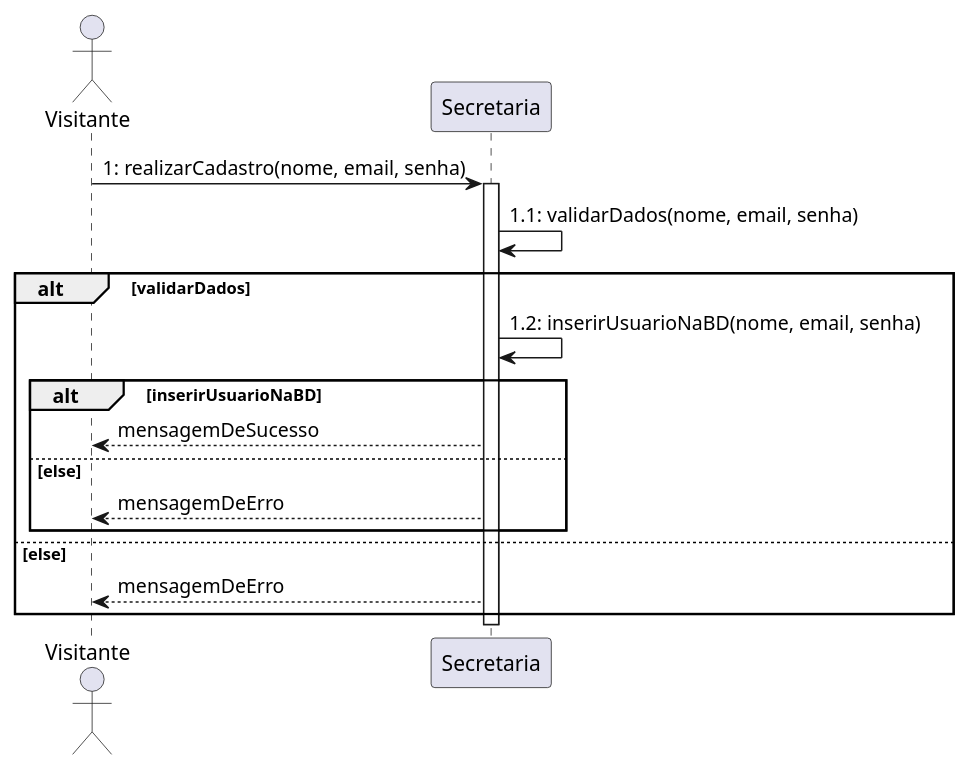
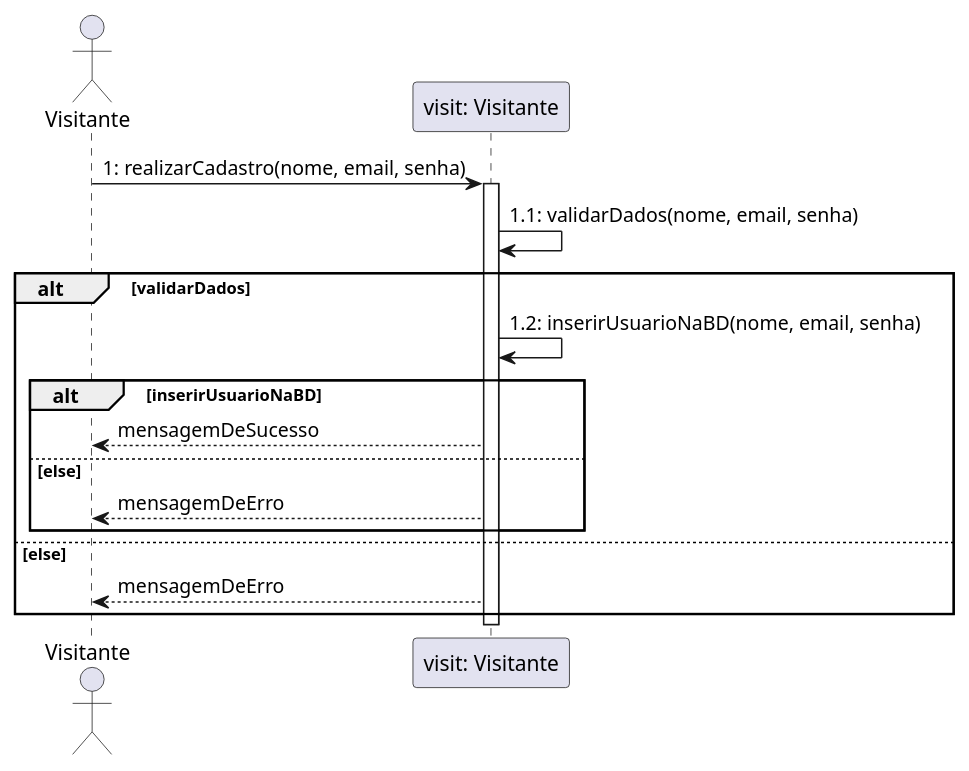
One commit to lucasg-mm/ensinet changed the diagram in diagramas_interacao/diagramas_sequencia/sequencia.plantuml. Above: the diagram before and after it, drawn with PlantUML. The commit also changed 2 other files, not shown here.

Commit message:
Substituir 'secretaria' pelo objeto 'visit'

```diff
--- a/diagramas_interacao/diagramas_sequencia/sequencia.plantuml
+++ b/diagramas_interacao/diagramas_sequencia/sequencia.plantuml
@@ -1,20 +1,20 @@
 @startuml realizar_Sistema
 actor Visitante
 
-Visitante->Secretaria: 1: realizarCadastro(nome, email, senha)
-Activate Secretaria
-Secretaria->Secretaria: 1.1: validarDados(nome, email, senha)
+Visitante->"visit: Visitante": 1: realizarCadastro(nome, email, senha)
+Activate "visit: Visitante"
+"visit: Visitante"->"visit: Visitante": 1.1: validarDados(nome, email, senha)
 
 alt validarDados
-Secretaria->Secretaria: 1.2: inserirUsuarioNaBD(nome, email, senha)
+"visit: Visitante"->"visit: Visitante": 1.2: inserirUsuarioNaBD(nome, email, senha)
 alt inserirUsuarioNaBD
-Secretaria-->Visitante: mensagemDeSucesso
+"visit: Visitante"-->Visitante: mensagemDeSucesso
 else else
-Secretaria-->Visitante: mensagemDeErro
+"visit: Visitante"-->Visitante: mensagemDeErro
 end
 else else
-Secretaria-->Visitante: mensagemDeErro
+"visit: Visitante"-->Visitante: mensagemDeErro
 end
-deactivate Secretaria
+deactivate "visit: Visitante"
 
 @enduml
```
